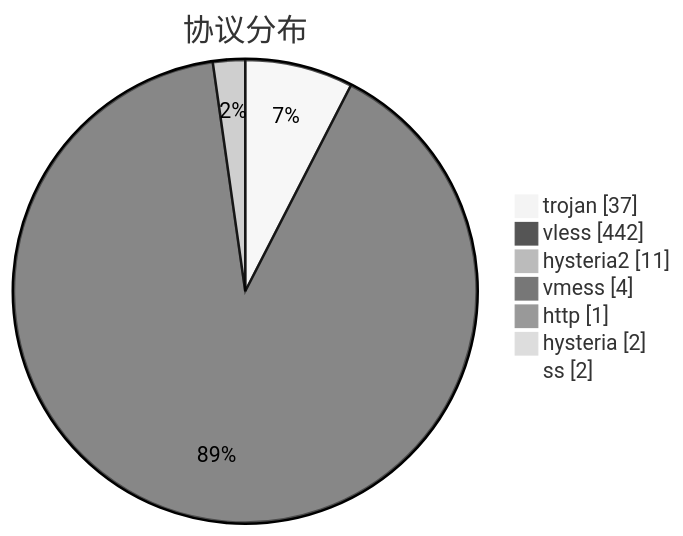
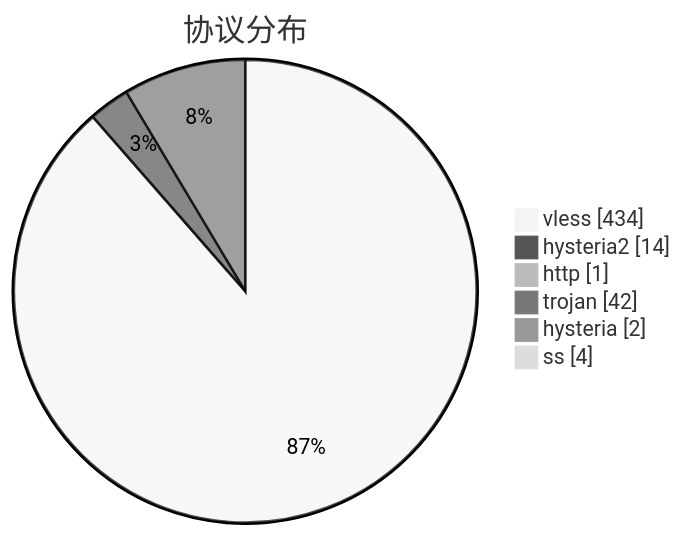
Before and after one commit to sinspired/airport: the third of 3 diagrams in subs/statistics/tested_within.md, drawn with Mermaid (neutral theme). The commit also changed other lines of this file and 2 other files, not shown here.

````diff
--- a/subs/statistics/tested_within.md
+++ b/subs/statistics/tested_within.md
@@ -33,11 +36,10 @@
 ```mermaid
 pie showData
 title 协议分布
-"trojan" : 37
-"vless" : 442
-"hysteria2" : 11
-"vmess" : 4
+"vless" : 434
+"hysteria2" : 14
 "http" : 1
+"trojan" : 42
 "hysteria" : 2
-"ss" : 2
+"ss" : 4
 ```
````
